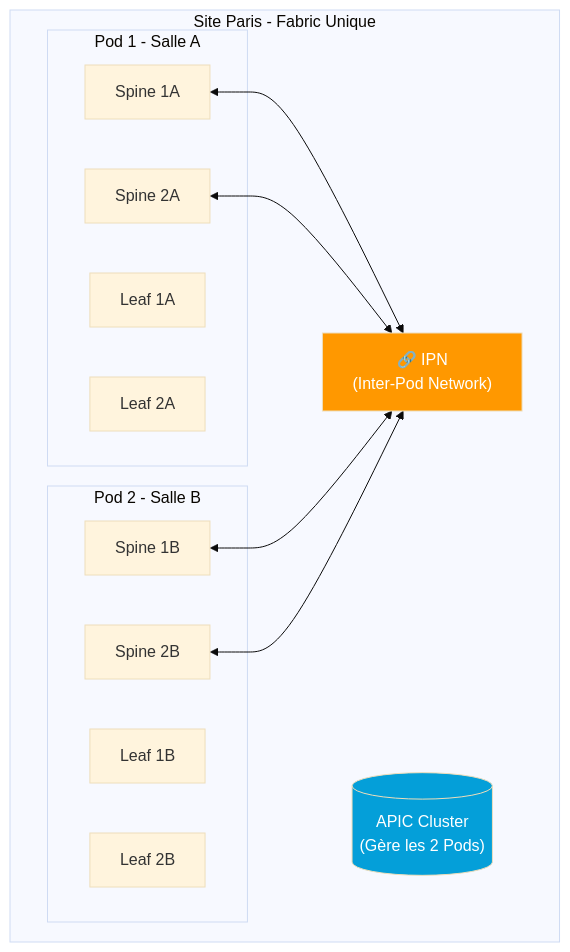
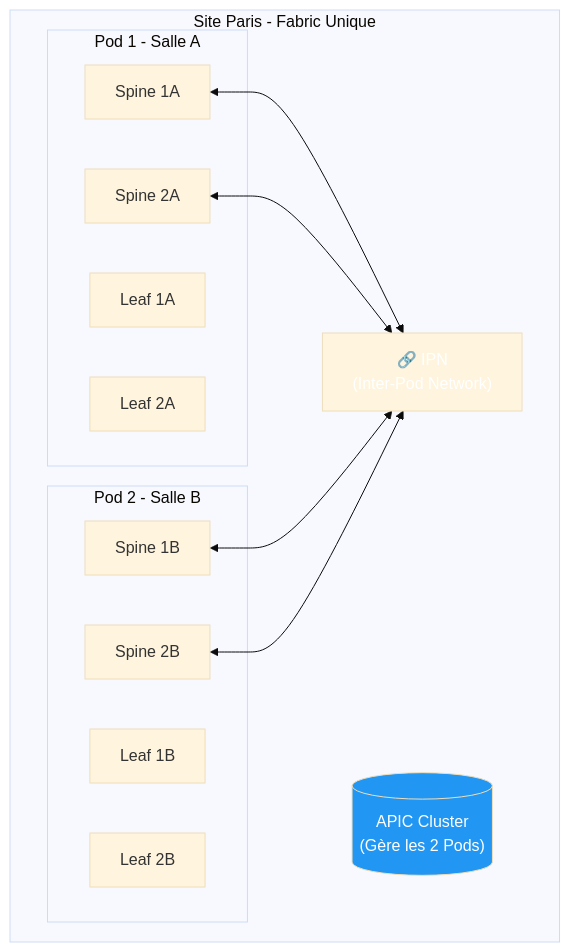
One commit to VBlackJack/ShellBook changed diagram 13 of 15 in docs/formations/terraform-aci/02-module.md. Above: the diagram before and after it, drawn with Mermaid (base theme). The commit also changed other lines of this file and 337 other files, not shown here.

First line of the commit message:
refactor(docs): Standardize code blocks and Mermaid colors

````diff
--- a/docs/formations/terraform-aci/02-module.md
+++ b/docs/formations/terraform-aci/02-module.md
@@ -603,30 +603,30 @@
 ```mermaid
 graph TB
     subgraph "Site Paris - Fabric Unique"
         subgraph "Pod 1 - Salle A"
             SPINE1A[Spine 1A]
             SPINE2A[Spine 2A]
             LEAF1A[Leaf 1A]
             LEAF2A[Leaf 2A]
         end
 
         subgraph "Pod 2 - Salle B"
             SPINE1B[Spine 1B]
             SPINE2B[Spine 2B]
             LEAF1B[Leaf 1B]
             LEAF2B[Leaf 2B]
         end
 
         IPN["🔗 IPN<br/>(Inter-Pod Network)"]
 
         SPINE1A <--> IPN
         SPINE2A <--> IPN
         SPINE1B <--> IPN
         SPINE2B <--> IPN
 
         APIC[("APIC Cluster<br/>(Gère les 2 Pods)")]
     end
 
-    style IPN fill:#ff9800,color:#fff
-    style APIC fill:#049fd9,color:#fff
+    style IPN fill:#FF9800800800,color:#fff
+    style APIC fill:#2196F3,color:#fff
 ```
````
